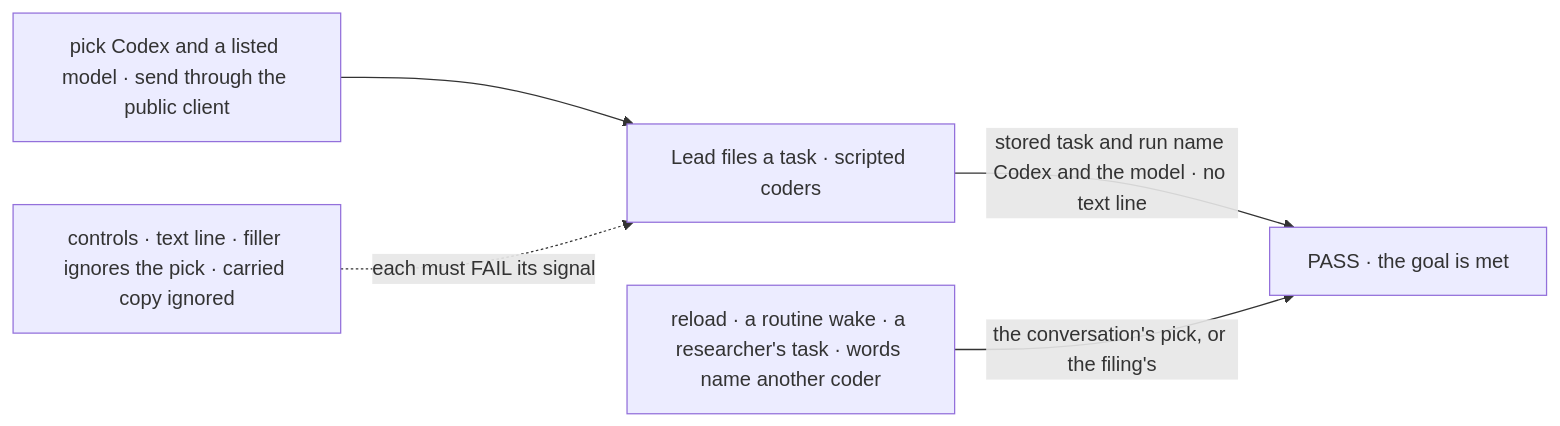
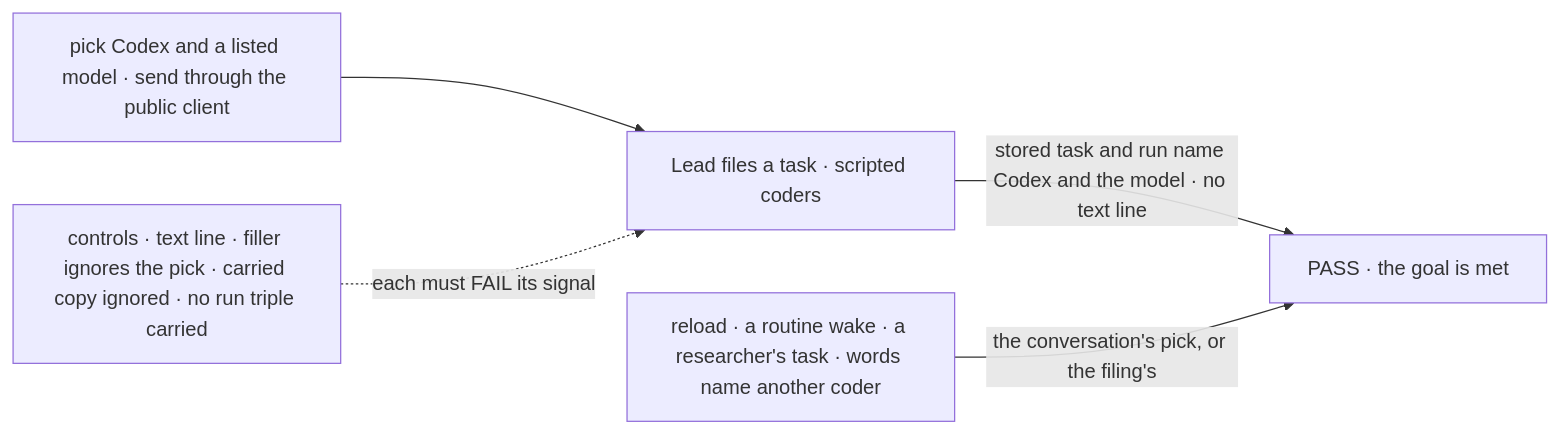
Before and after one commit to fixpoint-labs/flow-state-dev: the first of 2 diagrams in specs/issues/FIX-2879/SPEC.md, drawn with Mermaid. The commit also changed other lines of this file and 2 other files, not shown here.

First line of the commit message:
spec(FIX-2879): D3 names its ER-10 divergence and resolves the pick by ancestry

````diff
--- a/specs/issues/FIX-2879/SPEC.md
+++ b/specs/issues/FIX-2879/SPEC.md
@@ -33,7 +33,7 @@
 ```mermaid
 flowchart LR
   P["pick Codex and a listed model · send through the public client"] --> T["Lead files a task · scripted coders"]
   T -->|"stored task and run name Codex and the model · no text line"| OK["PASS · the goal is met"]
   R["reload · a routine wake · a researcher's task · words name another coder"] -->|"the conversation's pick, or the filing's"| OK
-  C["controls · text line · filler ignores the pick · carried copy ignored"] -.->|"each must FAIL its signal"| T
+  C["controls · text line · filler ignores the pick · carried copy ignored · no run triple carried"] -.->|"each must FAIL its signal"| T
 ```
````
